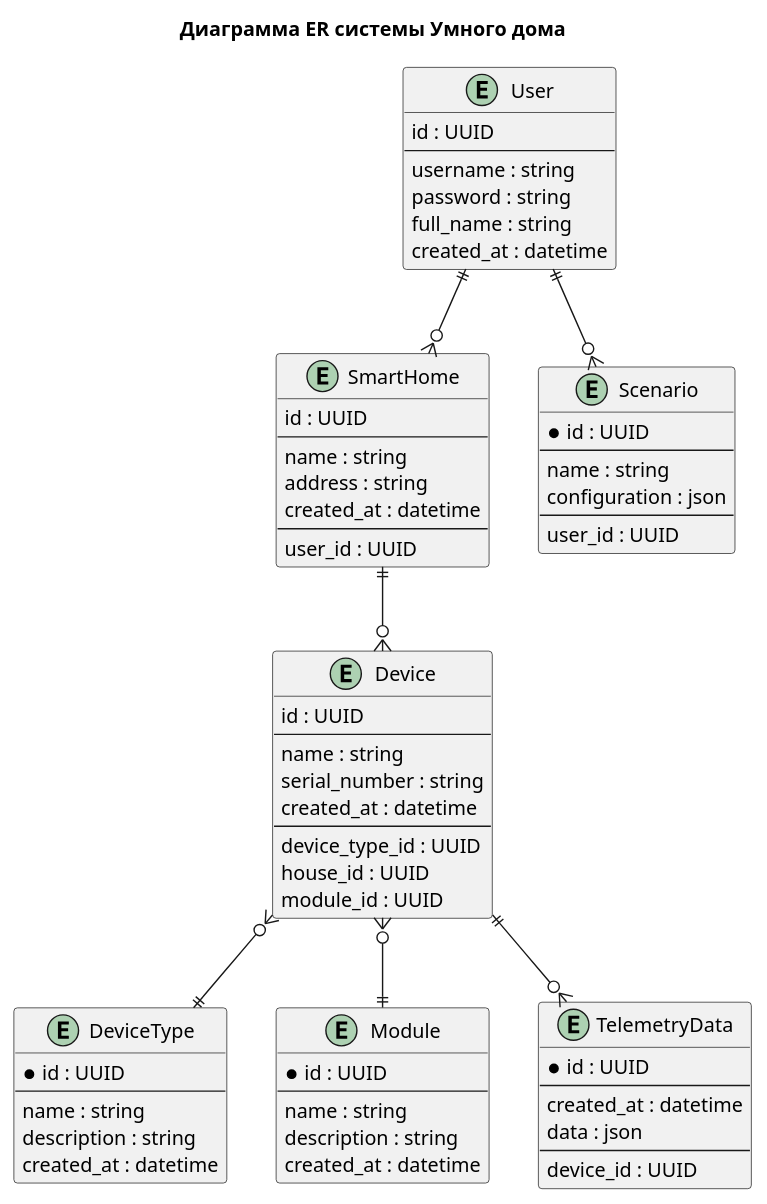
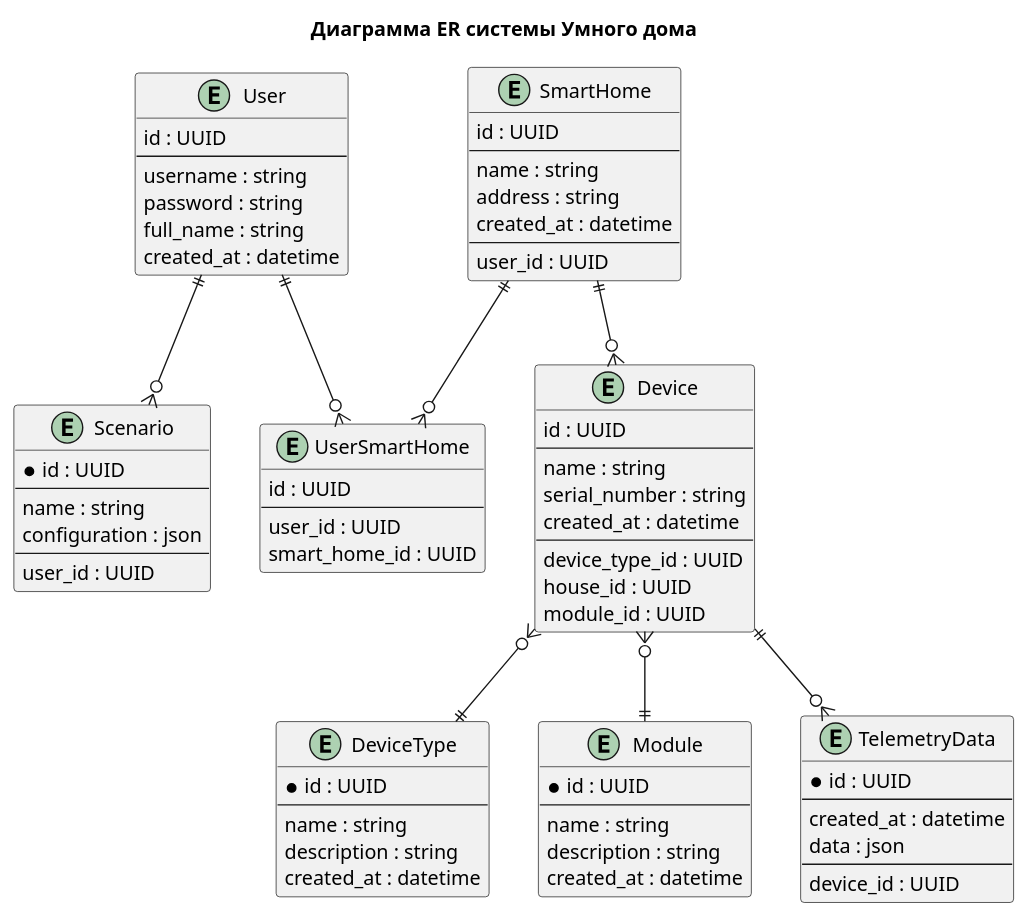
One commit to indertan/architecture-sprint-3 changed the diagram in diagrams/tobe/er/ER.puml. Above: the diagram before and after it, drawn with PlantUML. The commit also changed 21 other files, not shown here.

```diff
--- a/diagrams/tobe/er/ER.puml
+++ b/diagrams/tobe/er/ER.puml
@@ -1,77 +1,85 @@
 @startuml
 
 title Диаграмма ER системы Умного дома
 
 entity User {
     id : UUID
     --
     username : string
     password : string
     full_name : string
     created_at : datetime
 }
 
 entity SmartHome {
     id : UUID
     --
     name : string
     address : string
     created_at : datetime
     --
     user_id : UUID
+}
+
+entity UserSmartHome {
+    id : UUID
+    --
+    user_id : UUID
+    smart_home_id : UUID
 }
 
 entity Scenario {
     *id : UUID
     --
     name : string
     configuration : json
     --
     user_id : UUID
 }
 
 entity Device {
     id : UUID
     --
     name : string
     serial_number : string
     created_at : datetime
     --
     device_type_id : UUID
     house_id : UUID
     module_id : UUID
 }
 
 entity DeviceType {
     *id : UUID
     --
     name : string
     description : string
     created_at : datetime
 }
 
 entity Module {
     *id : UUID
     --
     name : string
     description : string
     created_at : datetime
 }
 
 entity TelemetryData {
     *id : UUID
     --
     created_at : datetime
     data : json
     --
     device_id : UUID
 }
 
-User ||--o{ SmartHome
+User ||--o{ UserSmartHome
+SmartHome ||--o{ UserSmartHome
 User ||--o{ Scenario
 SmartHome ||--o{ Device
 Device }o--|| DeviceType
 Device }o--|| Module
 Device ||--o{ TelemetryData
 
 @enduml
```
